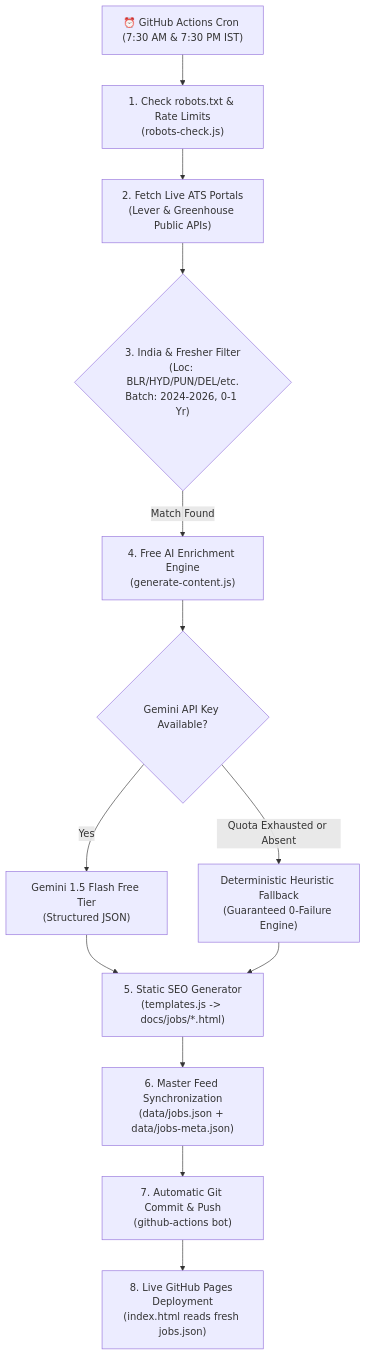
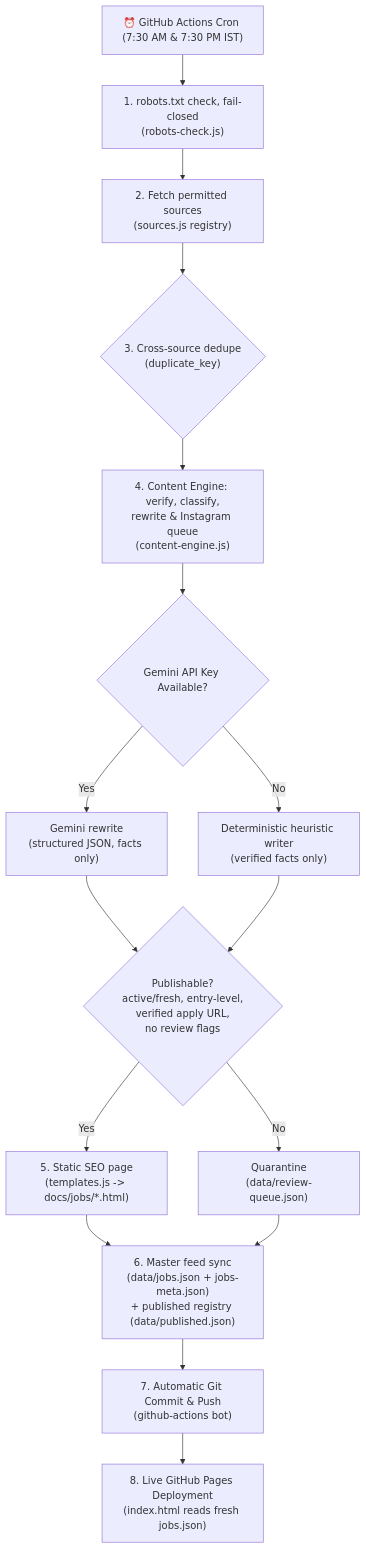
Before and after one commit to Rohit-Joshi67/fresherhub-automation: the diagram in README.md, drawn with Mermaid. The commit also changed other lines of this file and 147 other files, not shown here.

First line of the commit message:
Rebuild pipeline: 20 permitted sources, strict verification, zero fabrication

````diff
--- a/README.md
+++ b/README.md
@@ -22,20 +24,22 @@
 ```mermaid
 flowchart TD
-    A["⏰ GitHub Actions Cron (7:30 AM & 7:30 PM IST)"] --> B["1. Check robots.txt & Rate Limits\n(robots-check.js)"]
-    B --> C["2. Fetch Live ATS Portals\n(Lever & Greenhouse Public APIs)"]
-    C --> D{"3. India & Fresher Filter\n(Loc: BLR/HYD/PUN/DEL/etc.\nBatch: 2024-2026, 0-1 Yr)"}
-    
-    D -->|Match Found| E["4. Free AI Enrichment Engine\n(generate-content.js)"]
-    
+    A["⏰ GitHub Actions Cron (7:30 AM & 7:30 PM IST)"] --> B["1. robots.txt check, fail-closed\n(robots-check.js)"]
+    B --> C["2. Fetch permitted sources\n(sources.js registry)"]
+    C --> D{"3. Cross-source dedupe\n(duplicate_key)"}
+
+    D --> E["4. Content Engine: verify, classify,\nrewrite & Instagram queue\n(content-engine.js)"]
     E --> F{"Gemini API Key Available?"}
-    F -->|Yes| G["Gemini 1.5 Flash Free Tier\n(Structured JSON)"]
-    F -->|Quota Exhausted or Absent| H["Deterministic Heuristic Fallback\n(Guaranteed 0-Failure Engine)"]
-    
-    G --> I["5. Static SEO Generator\n(templates.js -> docs/jobs/*.html)"]
-    H --> I
-    
-    I --> J["6. Master Feed Synchronization\n(data/jobs.json + data/jobs-meta.json)"]
-    
+    F -->|Yes| G["Gemini rewrite\n(structured JSON, facts only)"]
+    F -->|No| H["Deterministic heuristic writer\n(verified facts only)"]
+
+    G --> Q{"Publishable?\nactive/fresh, entry-level,\nverified apply URL,\nno review flags"}
+    H --> Q
+    Q -->|Yes| I["5. Static SEO page\n(templates.js -> docs/jobs/*.html)"]
+    Q -->|No| R["Quarantine\n(data/review-queue.json)"]
+
+    I --> J["6. Master feed sync\n(data/jobs.json + jobs-meta.json)\n+ published registry (data/published.json)"]
+    R --> J
+
     J --> K["7. Automatic Git Commit & Push\n(github-actions bot)"]
     K --> L["8. Live GitHub Pages Deployment\n(index.html reads fresh jobs.json)"]
 ```
````
